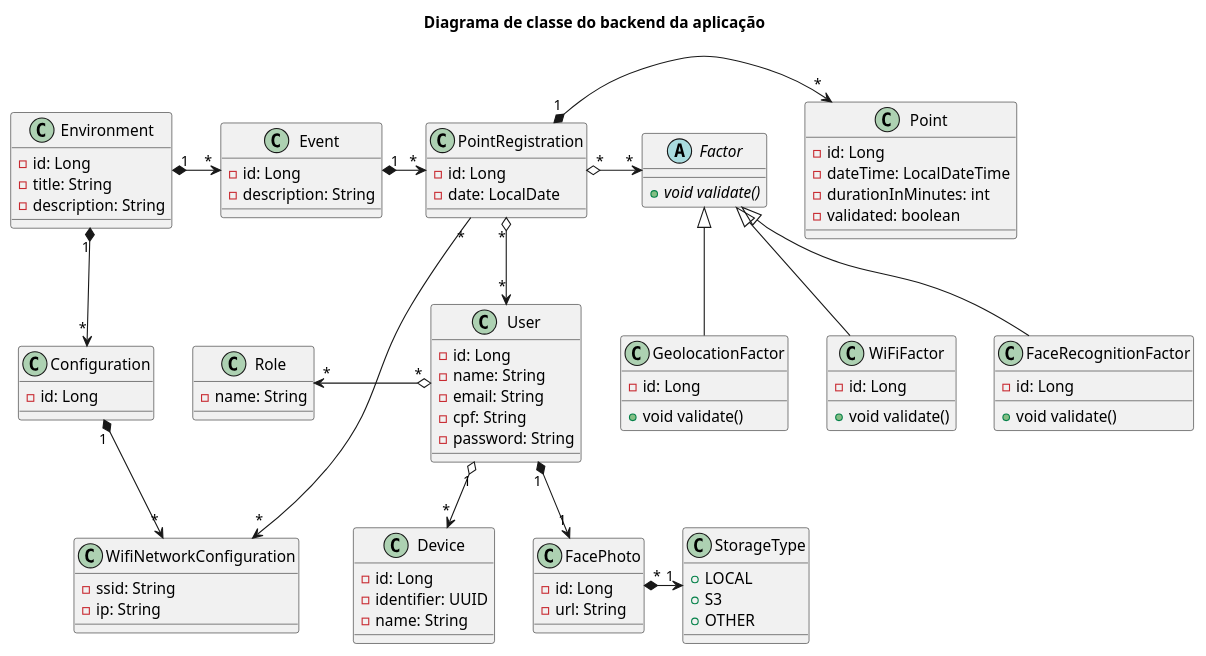
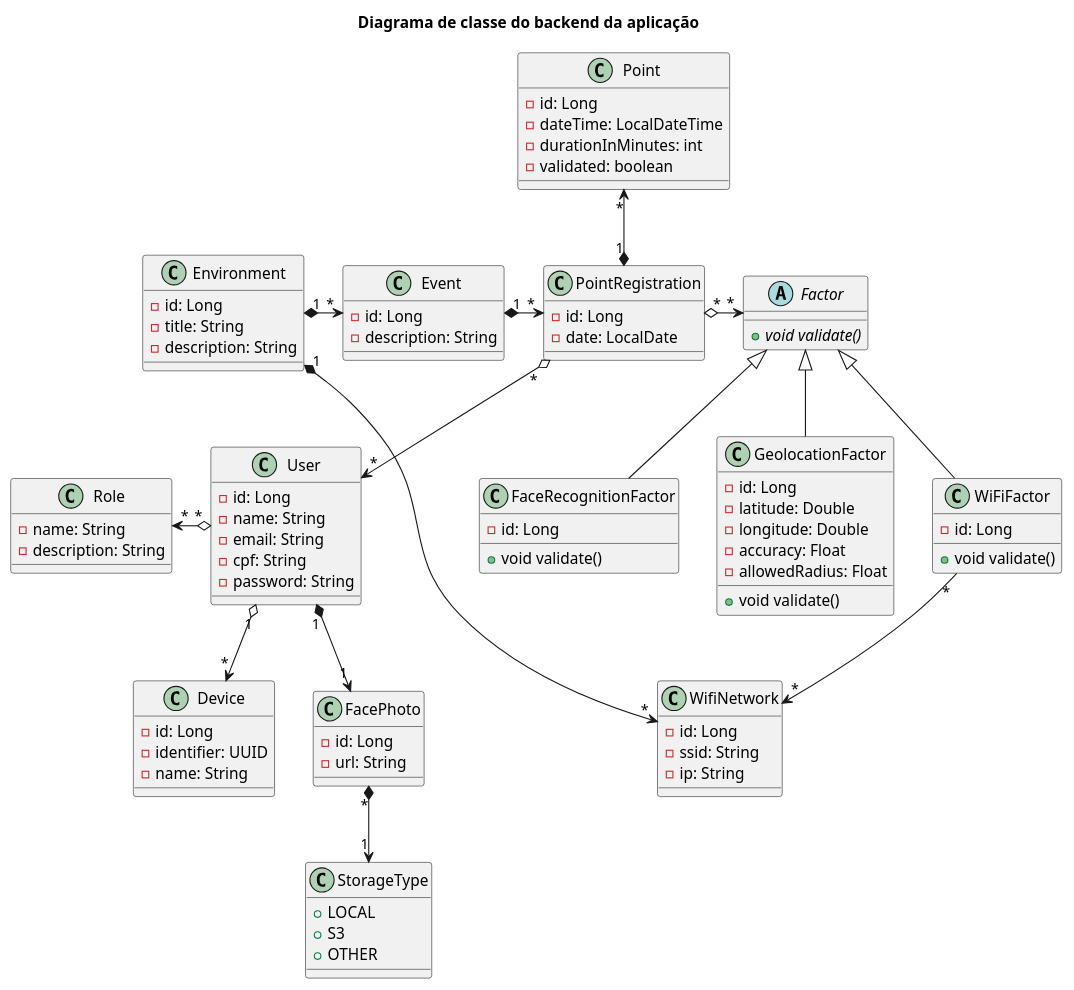
Before and after one commit to luan-coelho/faceverify: the diagram in backend/diagram-class.plantuml, drawn with PlantUML.

Commit message:
refactor: Novas modificações no diagrama de classe.

```diff
--- a/backend/diagram-class.plantuml
+++ b/backend/diagram-class.plantuml
@@ -1,104 +1,106 @@
 @startuml
 title Diagrama de classe do backend da aplicação
 
 class User {
     - id: Long
     - name: String
     - email: String
     - cpf: String
     - password: String
 }
 
 class Device {
     - id: Long
     - identifier: UUID
     - name: String
 }
 
 class FacePhoto {
     - id: Long
     - url: String
 }
 
 class StorageType {
     + LOCAL
     + S3
     + OTHER
 }
 
 class Role {
     - name: String
+    - description: String
 }
 
 class Event {
     - id: Long
     - description: String
 }
 
 class PointRegistration {
     - id: Long
     - date: LocalDate
 }
 
 class Point {
     - id: Long
     - dateTime: LocalDateTime
     - durationInMinutes: int
     - validated: boolean
 }
 
 abstract class Factor {
     + void {abstract} validate()
 }
 
 class Environment {
     - id: Long
     - title: String
     - description: String
 }
 
-class Configuration {
+class WifiNetwork {
     - id: Long
-}
-
-class WifiNetworkConfiguration {
     - ssid: String
     - ip: String
 }
 
 class FaceRecognitionFactor {
     - id: Long
     + void validate()
 }
 
 class GeolocationFactor {
     - id: Long
+    - latitude: Double
+    - longitude: Double
+    - accuracy: Float
+    - allowedRadius: Float
     + void validate()
 }
 
 class WiFiFactor {
     - id: Long
     + void validate()
 }
 
 Environment "1" *-> "*" Event
-Environment "1" *-down-> "*" Configuration
-Configuration "1" *-down-> "*" WifiNetworkConfiguration
+Environment "1" *-down-> "*" WifiNetwork
 Event "1" *-> "*" PointRegistration
 
-PointRegistration "1" *-> "*" Point
+PointRegistration "1" *-up-> "*" Point
 PointRegistration "*" o-down-> "*" User
 PointRegistration "*" o-> "*" Factor
-PointRegistration "*" --> "*" WifiNetworkConfiguration
 
 Factor <|-- FaceRecognitionFactor
 Factor <|-- GeolocationFactor
 Factor <|-- WiFiFactor
 
+WiFiFactor "*" --> "*" WifiNetwork
+
 User "*" o-left-> "*" Role
 User "1" o-down-> "*" Device
 User "1" *-down-> "1" FacePhoto
 
-FacePhoto "*" *-> "1" StorageType
+FacePhoto "*" *-down-> "1" StorageType
 
 @enduml
```
